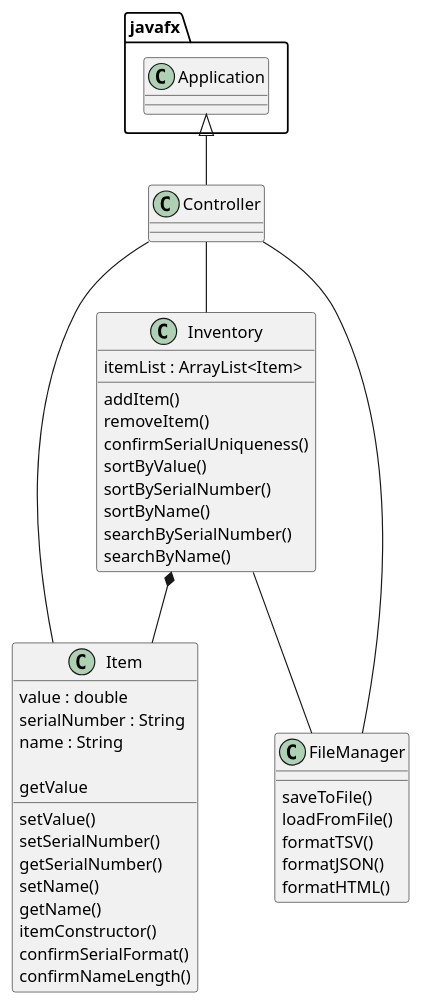
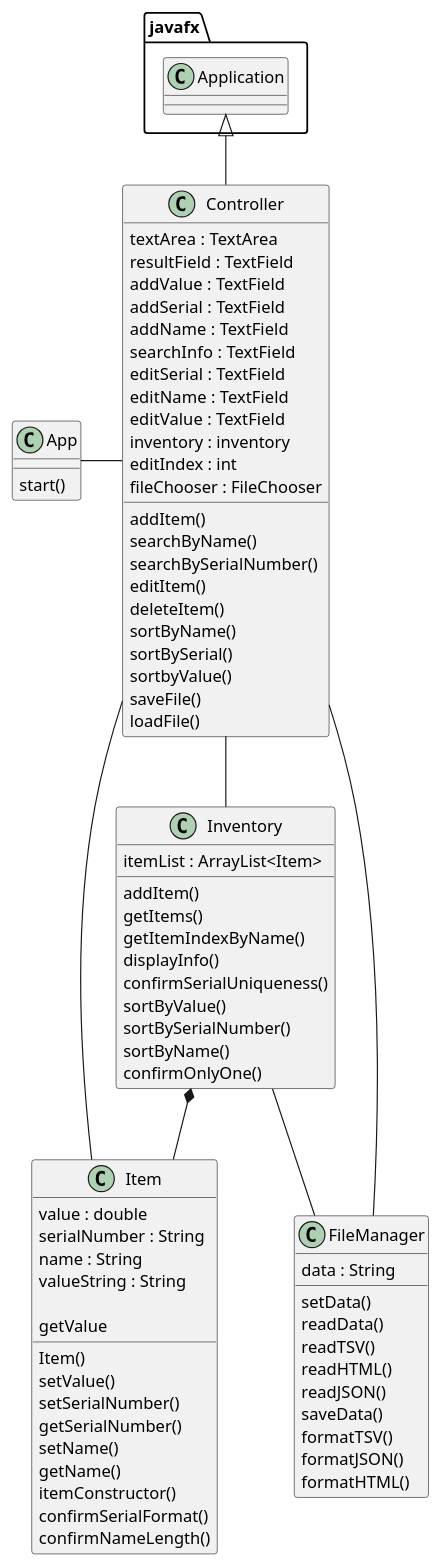
Before and after one commit to ehraiford/raiford-4648-a5: the diagram in UML/Inventory Tracker UML.puml, drawn with PlantUML. The commit also changed 4 other files, not shown here.

Commit message:
Updated UML for completed project.

```diff
--- a/UML/Inventory Tracker UML.puml
+++ b/UML/Inventory Tracker UML.puml
@@ -1,47 +1,87 @@
 @startuml
 'https://plantuml.com/sequence-diagram
 
 javafx.Application<|-- Controller
 Controller -- Inventory
 Controller - Item
 Controller -- FileManager
 Inventory -- FileManager
 Inventory *-- Item
+App-Controller
+
+Class App{
+    start()
+}
 
 Class Controller {
+     textArea : TextArea
+     resultField : TextField
+     addValue : TextField
+     addSerial : TextField
+     addName : TextField
+     searchInfo : TextField
+     editSerial : TextField
+     editName : TextField
+     editValue : TextField
+     inventory : inventory
+     editIndex : int
+     fileChooser : FileChooser
+
+     addItem()
+     searchByName()
+     searchBySerialNumber()
+     editItem()
+     deleteItem()
+     sortByName()
+     sortBySerial()
+     sortbyValue()
+     saveFile()
+     loadFile()
 }
+
 Class FileManager{
-     saveToFile()
-     loadFromFile()
+     data : String
+
+     setData()
+     readData()
+     readTSV()
+     readHTML()
+     readJSON()
+     saveData()
      formatTSV()
      formatJSON()
      formatHTML()
 }
+
 Class Inventory{
      itemList : ArrayList<Item>
 
      addItem()
-     removeItem()
+     getItems()
+     getItemIndexByName()
+     displayInfo()
      confirmSerialUniqueness()
      sortByValue()
      sortBySerialNumber()
      sortByName()
-     searchBySerialNumber()
-     searchByName()
+     confirmOnlyOne()
 }
+
 Class Item{
      value : double
      serialNumber : String
      name : String
+     valueString : String
 
+     Item()
      setValue()
      getValue
      setSerialNumber()
      getSerialNumber()
      setName()
      getName()
      itemConstructor()
      confirmSerialFormat()
      confirmNameLength()
 }
 @enduml
```
